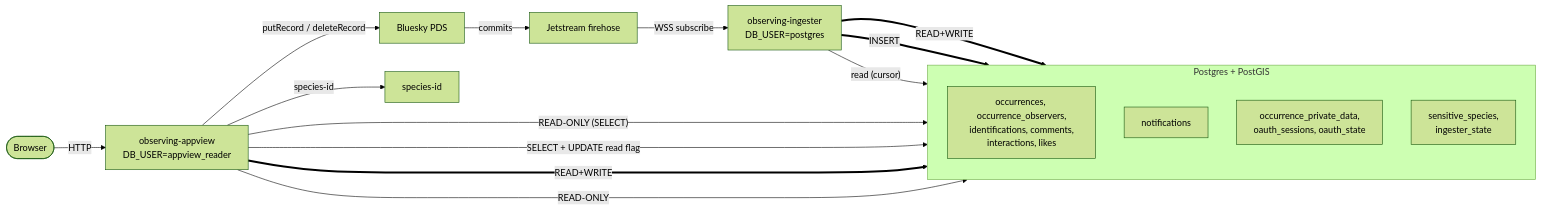
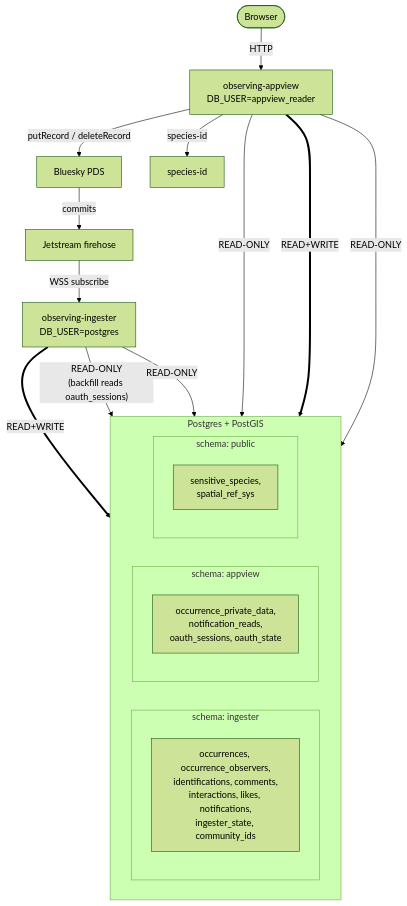
Before and after one commit to observ-ing/core: the diagram in docs/architecture.md, drawn with Mermaid (forest theme). The commit also changed other lines of this file and 13 other files, not shown here.

First line of the commit message:
feat(db): split notification read-state into appview schema (#326)

````diff
--- a/docs/architecture.md
+++ b/docs/architecture.md
@@ -5,32 +5,36 @@
 ```mermaid
-flowchart LR
+flowchart TB
     User([Browser])
     PDS[Bluesky PDS]
     JS[Jetstream firehose]
     AV[observing-appview<br/>DB_USER=appview_reader]
     IG[observing-ingester<br/>DB_USER=postgres]
     SID[species-id]
 
     subgraph DB["Postgres + PostGIS"]
-      direction TB
-      T1["occurrences, occurrence_observers,<br/>identifications, comments,<br/>interactions, likes"]
-      T2[notifications]
-      T3["occurrence_private_data,<br/>oauth_sessions, oauth_state"]
-      T4["sensitive_species,<br/>ingester_state"]
+      direction LR
+      subgraph ING["schema: ingester"]
+        ING_TBL["occurrences, occurrence_observers,<br/>identifications, comments,<br/>interactions, likes, notifications,<br/>ingester_state, community_ids"]
+      end
+      subgraph APPV["schema: appview"]
+        APPV_TBL["occurrence_private_data,<br/>notification_reads,<br/>oauth_sessions, oauth_state"]
+      end
+      subgraph PUB["schema: public"]
+        PUB_TBL["sensitive_species,<br/>spatial_ref_sys"]
+      end
     end
 
     User -- HTTP --> AV
     AV -- "putRecord / deleteRecord" --> PDS
     PDS -- commits --> JS
     JS -- "WSS subscribe" --> IG
     AV -- species-id --> SID
 
-    IG == "READ+WRITE" ==> T1
-    IG == "INSERT" ==> T2
-    IG -- "read (cursor)" --> T4
+    IG == "READ+WRITE" ==> ING
+    IG -- "READ-ONLY<br/>(backfill reads oauth_sessions)" --> APPV
+    IG -- "READ-ONLY" --> PUB
 
-    AV -- "READ-ONLY (SELECT)" --> T1
-    AV -- "SELECT + UPDATE read flag" --> T2
-    AV == "READ+WRITE" ==> T3
-    AV -- "READ-ONLY" --> T4
+    AV -- "READ-ONLY" --> ING
+    AV == "READ+WRITE" ==> APPV
+    AV -- "READ-ONLY" --> PUB
 ```
````
